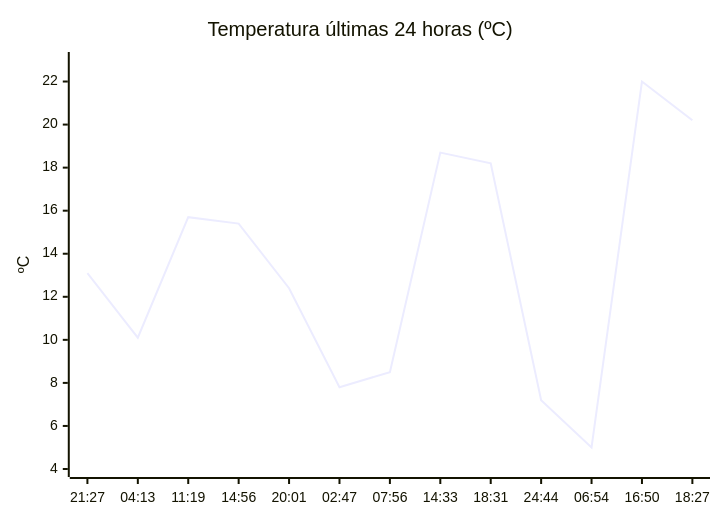
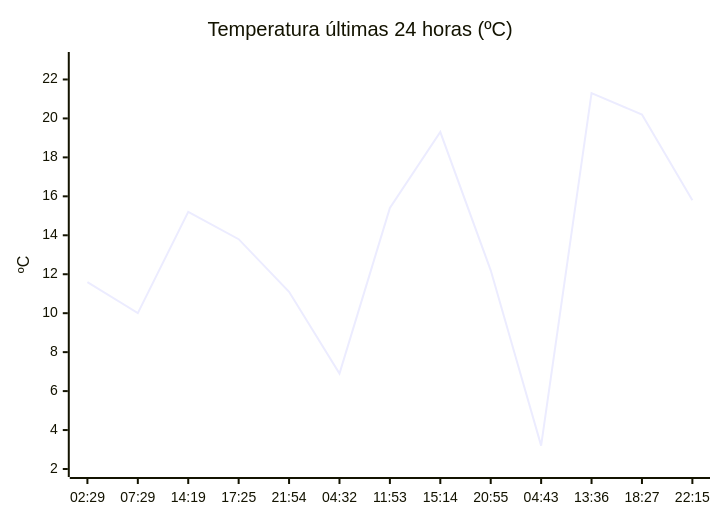
One commit to solidsnk86/rem-scrap changed the diagram in README.md. Above: the diagram before and after it, drawn with Mermaid. The commit also changed other lines of this file, not shown here.

````diff
--- a/README.md
+++ b/README.md
@@ -36,7 +36,7 @@
 ```mermaid
 xychart-beta
     title "Temperatura últimas 24 horas (ºC)"
-    x-axis ["21:27", "04:13", "11:19", "14:56", "20:01", "02:47", "07:56", "14:33", "18:31", "24:44", "06:54", "16:50", "18:27"]
-    y-axis "ºC" 4 --> 23
-    line [13.1, 10.1, 15.7, 15.4, 12.4, 7.8, 8.5, 18.7, 18.2, 7.2, 5, 22, 20.2]
+    x-axis ["02:29", "07:29", "14:19", "17:25", "21:54", "04:32", "11:53", "15:14", "20:55", "04:43", "13:36", "18:27", "22:15"]
+    y-axis "ºC" 2 --> 23
+    line [11.6, 10, 15.2, 13.8, 11.1, 6.9, 15.4, 19.3, 12.2, 3.2, 21.3, 20.2, 15.8]
 ```
````
